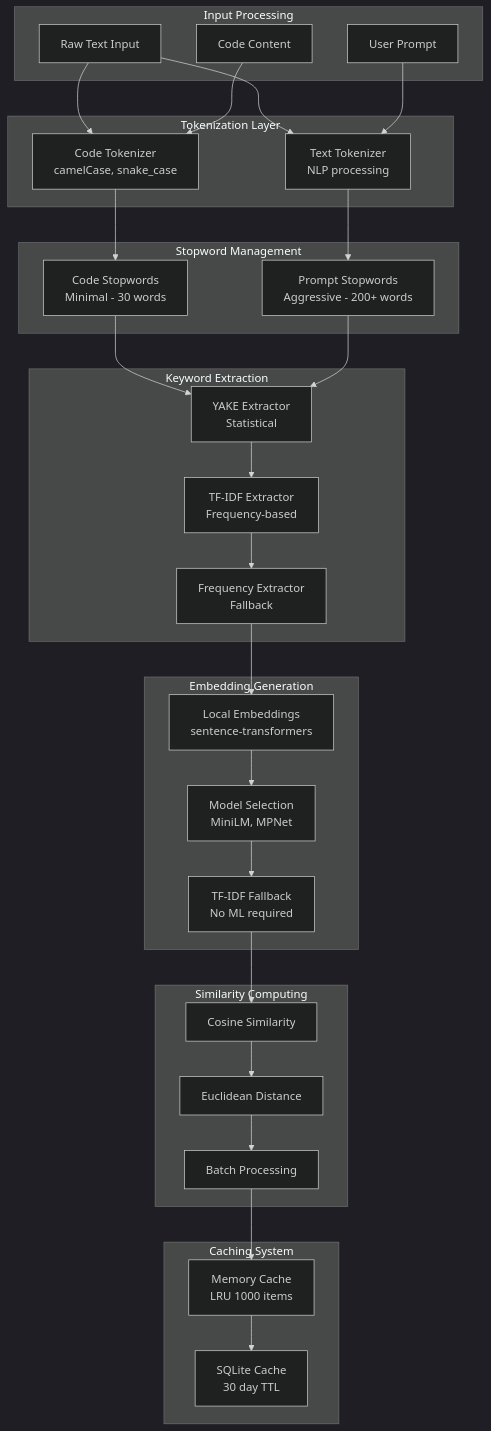
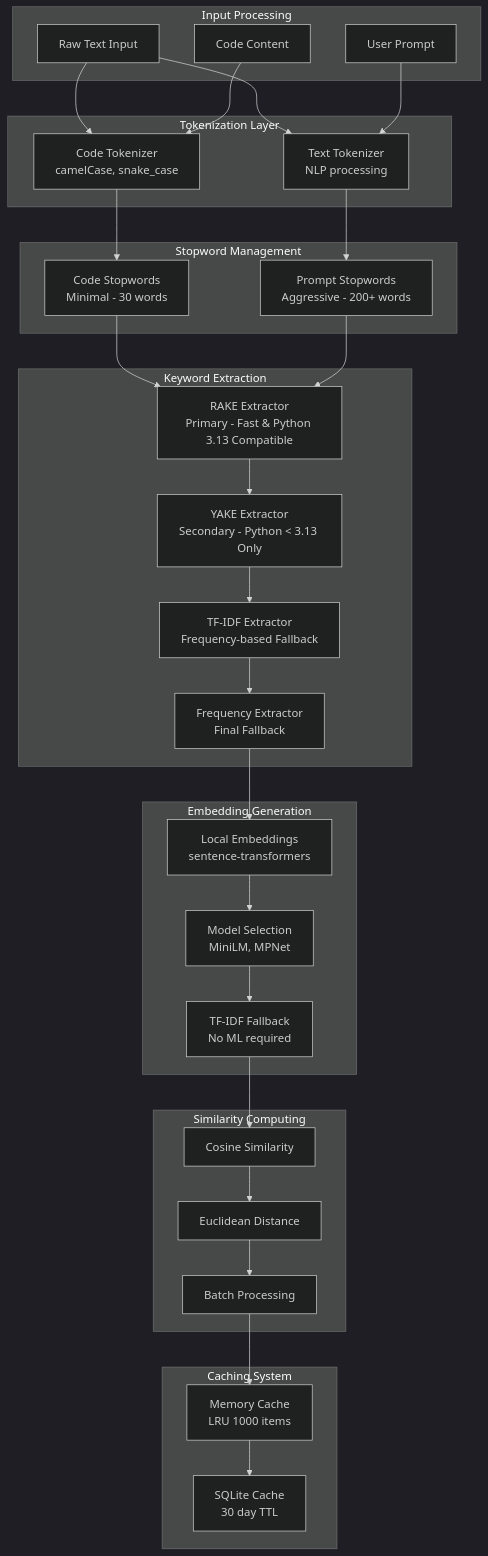
The third of 32 diagrams in docs/ARCHITECTURE.md (jddunn/tenets), drawn with Mermaid (dark theme) before and after one commit. The commit also changed other lines of this file and 19 other files, not shown here.

````diff
--- a/docs/ARCHITECTURE.md
+++ b/docs/ARCHITECTURE.md
@@ -250,65 +305,67 @@
 ```mermaid
 graph TD
     subgraph "Input Processing"
         INPUT[Raw Text Input]
         PROMPT[User Prompt]
         CODE[Code Content]
     end
 
     subgraph "Tokenization Layer"
         CODE_TOK[Code Tokenizer<br/>camelCase, snake_case]
         TEXT_TOK[Text Tokenizer<br/>NLP processing]
     end
 
     subgraph "Keyword Extraction"
-        YAKE_EXT[YAKE Extractor<br/>Statistical]
-        TFIDF_EXT[TF-IDF Extractor<br/>Frequency-based]
-        FREQ_EXT[Frequency Extractor<br/>Fallback]
+        RAKE_EXT[RAKE Extractor<br/>Primary - Fast & Python 3.13 Compatible]
+        YAKE_EXT[YAKE Extractor<br/>Secondary - Python < 3.13 Only]
+        TFIDF_EXT[TF-IDF Extractor<br/>Frequency-based Fallback]
+        FREQ_EXT[Frequency Extractor<br/>Final Fallback]
     end
 
     subgraph "Stopword Management"
         CODE_STOP[Code Stopwords<br/>Minimal - 30 words]
         PROMPT_STOP[Prompt Stopwords<br/>Aggressive - 200+ words]
     end
 
     subgraph "Embedding Generation"
         LOCAL_EMB[Local Embeddings<br/>sentence-transformers]
         MODEL_SEL[Model Selection<br/>MiniLM, MPNet]
         FALLBACK[TF-IDF Fallback<br/>No ML required]
     end
 
     subgraph "Similarity Computing"
         COSINE[Cosine Similarity]
         EUCLIDEAN[Euclidean Distance]
         BATCH[Batch Processing]
     end
 
     subgraph "Caching System"
         MEM_CACHE[Memory Cache<br/>LRU 1000 items]
         DISK_CACHE[SQLite Cache<br/>30 day TTL]
     end
 
     INPUT --> CODE_TOK
     INPUT --> TEXT_TOK
     PROMPT --> TEXT_TOK
     CODE --> CODE_TOK
 
     CODE_TOK --> CODE_STOP
     TEXT_TOK --> PROMPT_STOP
 
-    CODE_STOP --> YAKE_EXT
-    PROMPT_STOP --> YAKE_EXT
+    CODE_STOP --> RAKE_EXT
+    PROMPT_STOP --> RAKE_EXT
+    RAKE_EXT --> YAKE_EXT
     YAKE_EXT --> TFIDF_EXT
     TFIDF_EXT --> FREQ_EXT
 
     FREQ_EXT --> LOCAL_EMB
     LOCAL_EMB --> MODEL_SEL
     MODEL_SEL --> FALLBACK
 
     FALLBACK --> COSINE
     COSINE --> EUCLIDEAN
     EUCLIDEAN --> BATCH
 
     BATCH --> MEM_CACHE
     MEM_CACHE --> DISK_CACHE
 ```
````
